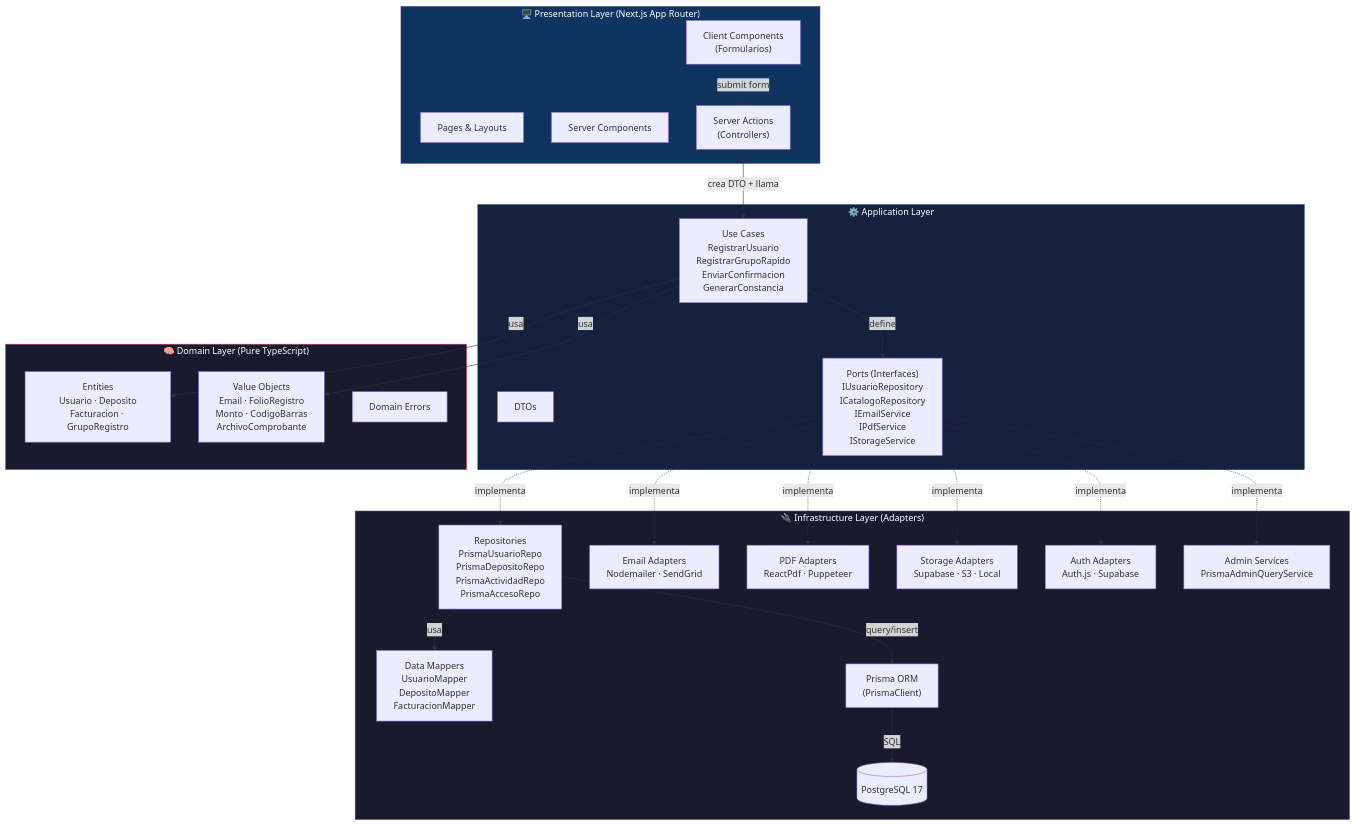
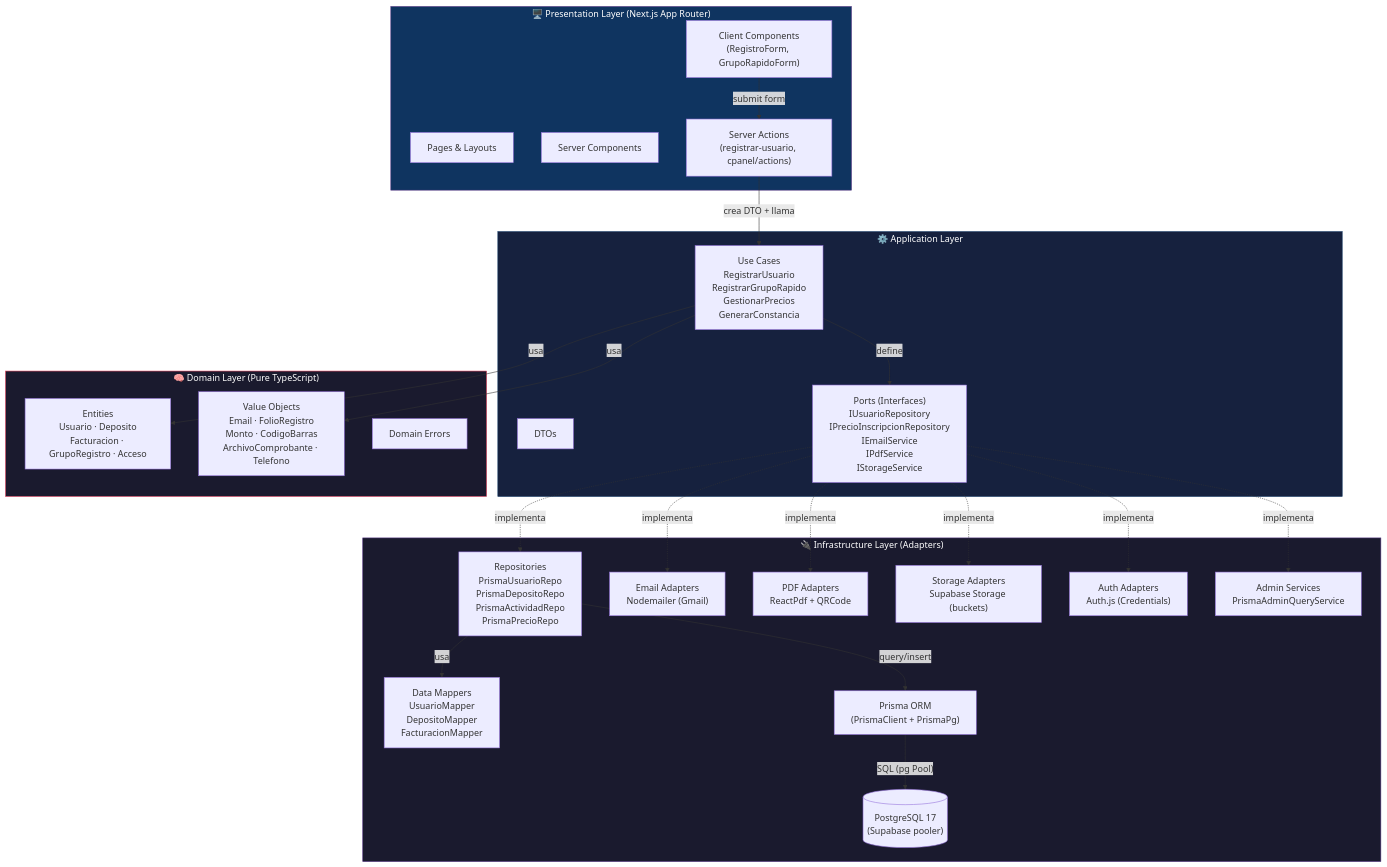
Before and after one commit to iKinoo/aniei-registro-2026: the first of 14 diagrams in docs/DESIGN.md, drawn with Mermaid. The commit also changed other lines of this file and 30 other files, not shown here.

````diff
--- a/docs/DESIGN.md
+++ b/docs/DESIGN.md
@@ -321,55 +331,55 @@
 ```mermaid
 graph TB
     subgraph Presentation["🖥️ Presentation Layer (Next.js App Router)"]
         Pages["Pages & Layouts"]
         SC["Server Components"]
-        CC["Client Components<br/>(Formularios)"]
-        SA["Server Actions<br/>(Controllers)"]
+        CC["Client Components<br/>(RegistroForm, GrupoRapidoForm)"]
+        SA["Server Actions<br/>(registrar-usuario, cpanel/actions)"]
     end
 
     subgraph Application["⚙️ Application Layer"]
-        UC["Use Cases<br/>RegistrarUsuario<br/>RegistrarGrupoRapido<br/>EnviarConfirmacion<br/>GenerarConstancia"]
+        UC["Use Cases<br/>RegistrarUsuario<br/>RegistrarGrupoRapido<br/>GestionarPrecios<br/>GenerarConstancia"]
         DTO["DTOs"]
-        Ports["Ports (Interfaces)<br/>IUsuarioRepository<br/>ICatalogoRepository<br/>IEmailService<br/>IPdfService<br/>IStorageService"]
+        Ports["Ports (Interfaces)<br/>IUsuarioRepository<br/>IPrecioInscripcionRepository<br/>IEmailService<br/>IPdfService<br/>IStorageService"]
     end
 
     subgraph Domain["🧠 Domain Layer (Pure TypeScript)"]
-        Entities["Entities<br/>Usuario · Deposito<br/>Facturacion · GrupoRegistro"]
-        VO["Value Objects<br/>Email · FolioRegistro<br/>Monto · CodigoBarras<br/>ArchivoComprobante"]
+        Entities["Entities<br/>Usuario · Deposito<br/>Facturacion · GrupoRegistro · Acceso"]
+        VO["Value Objects<br/>Email · FolioRegistro<br/>Monto · CodigoBarras<br/>ArchivoComprobante · Telefono"]
         DErr["Domain Errors"]
     end
 
     subgraph Infrastructure["🔌 Infrastructure Layer (Adapters)"]
-        Repos["Repositories<br/>PrismaUsuarioRepo<br/>PrismaDepositoRepo<br/>PrismaActividadRepo<br/>PrismaAccesoRepo"]
+        Repos["Repositories<br/>PrismaUsuarioRepo<br/>PrismaDepositoRepo<br/>PrismaActividadRepo<br/>PrismaPrecioRepo"]
         Mappers["Data Mappers<br/>UsuarioMapper<br/>DepositoMapper<br/>FacturacionMapper"]
-        ORM["Prisma ORM<br/>(PrismaClient)"]
-        EmailSvc["Email Adapters<br/>Nodemailer · SendGrid"]
-        PdfSvc["PDF Adapters<br/>ReactPdf · Puppeteer"]
-        StoreSvc["Storage Adapters<br/>Supabase · S3 · Local"]
-        AuthSvc["Auth Adapters<br/>Auth.js · Supabase"]
+        ORM["Prisma ORM<br/>(PrismaClient + PrismaPg)"]
+        EmailSvc["Email Adapters<br/>Nodemailer (Gmail)"]
+        PdfSvc["PDF Adapters<br/>ReactPdf + QRCode"]
+        StoreSvc["Storage Adapters<br/>Supabase Storage (buckets)"]
+        AuthSvc["Auth Adapters<br/>Auth.js (Credentials)"]
         AdminSvc["Admin Services<br/>PrismaAdminQueryService"]
-        DB[("PostgreSQL 17")]
+        DB[("PostgreSQL 17<br/>(Supabase pooler)")]
     end
 
     CC -->|"submit form"| SA
     SA -->|"crea DTO + llama"| UC
     UC -->|"usa"| Entities
     UC -->|"usa"| VO
     UC -->|"define"| Ports
 
     Ports -.->|"implementa"| Repos
     Ports -.->|"implementa"| EmailSvc
     Ports -.->|"implementa"| PdfSvc
     Ports -.->|"implementa"| StoreSvc
     Ports -.->|"implementa"| AuthSvc
     Ports -.->|"implementa"| AdminSvc
 
     Repos -->|"usa"| Mappers
     Repos -->|"query/insert"| ORM
-    ORM -->|"SQL"| DB
+    ORM -->|"SQL (pg Pool)"| DB
 
     style Domain fill:#1a1a2e,stroke:#e94560,color:#fff
     style Application fill:#16213e,stroke:#0f3460,color:#fff
     style Presentation fill:#0f3460,stroke:#533483,color:#fff
     style Infrastructure fill:#1a1a2e,stroke:#533483,color:#fff
 ```
````
